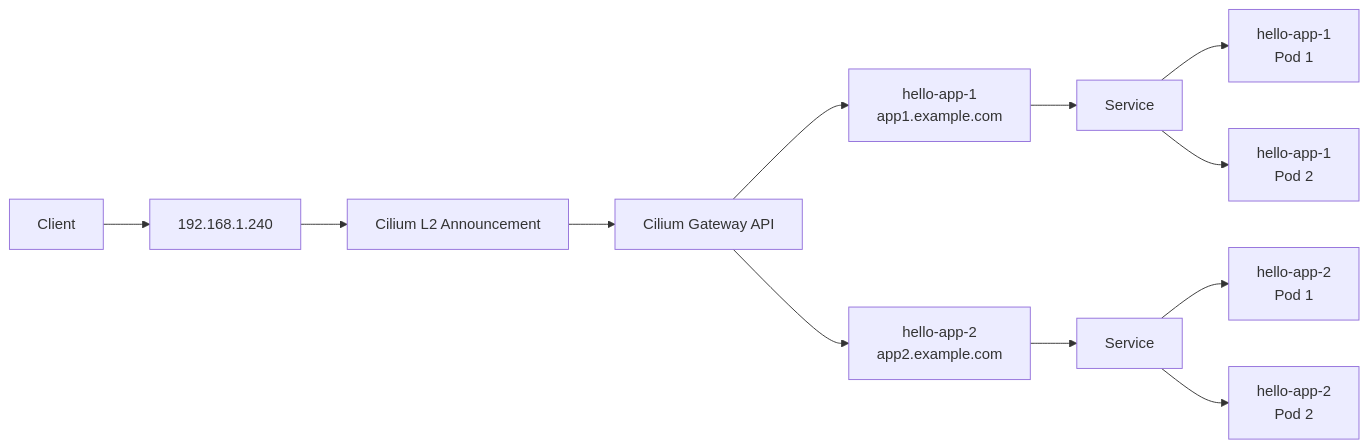
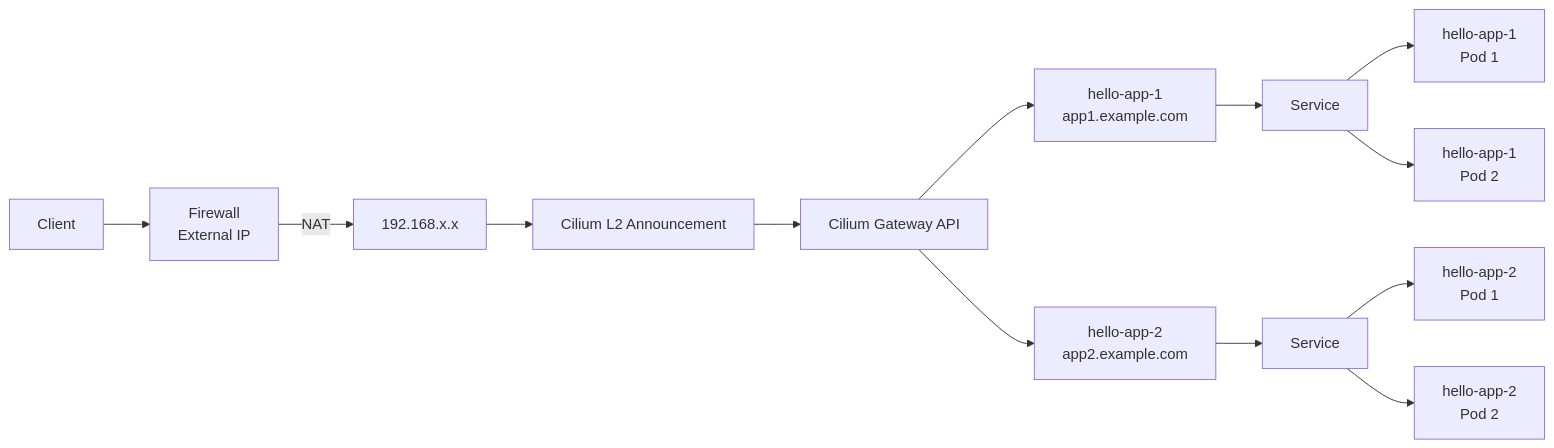
Before and after one commit to previder/kubernetes-examples: the diagram in Cilium-LB-IPAM/Cilium-Gateway-API-with-LB-IPAM-and-L2-Announcement.md, drawn with Mermaid.

````diff
--- a/Cilium-LB-IPAM/Cilium-Gateway-API-with-LB-IPAM-and-L2-Announcement.md
+++ b/Cilium-LB-IPAM/Cilium-Gateway-API-with-LB-IPAM-and-L2-Announcement.md
@@ -25,18 +25,19 @@
 ```mermaid
 flowchart LR
-    Client --> IP["192.168.1.240"]
+    Client --> Firewall["Firewall<br/>External IP"]
+    Firewall -->|NAT| IP["192.168.x.x"]
     IP --> L2["Cilium L2 Announcement"]
     L2 --> Gateway["Cilium Gateway API"]
 
     Gateway --> App1["hello-app-1 <br/>app1.example.com"]
     Gateway --> App2["hello-app-2 <br/>app2.example.com"]
 
     App1 --> Service1["Service"]
     App2 --> Service2["Service"]
 
     Service1 --> Pod1["hello-app-1 <br/>Pod 1"]
     Service1 --> Pod2["hello-app-1 <br/>Pod 2"]
 
     Service2 --> Pod3["hello-app-2 <br/>Pod 1"]
     Service2 --> Pod4["hello-app-2 <br/>Pod 2"]
 ```
````
